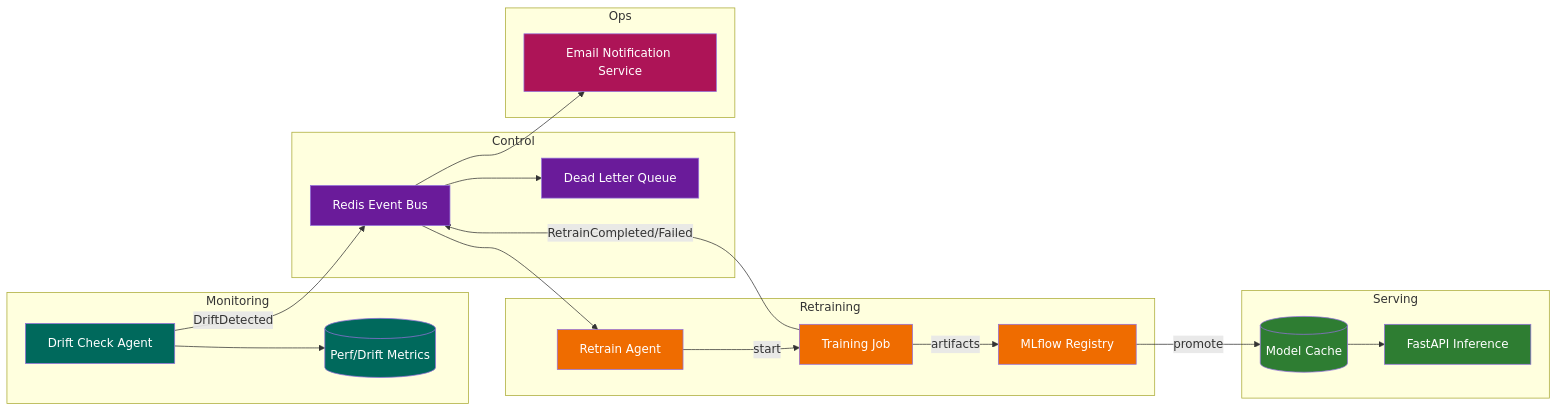
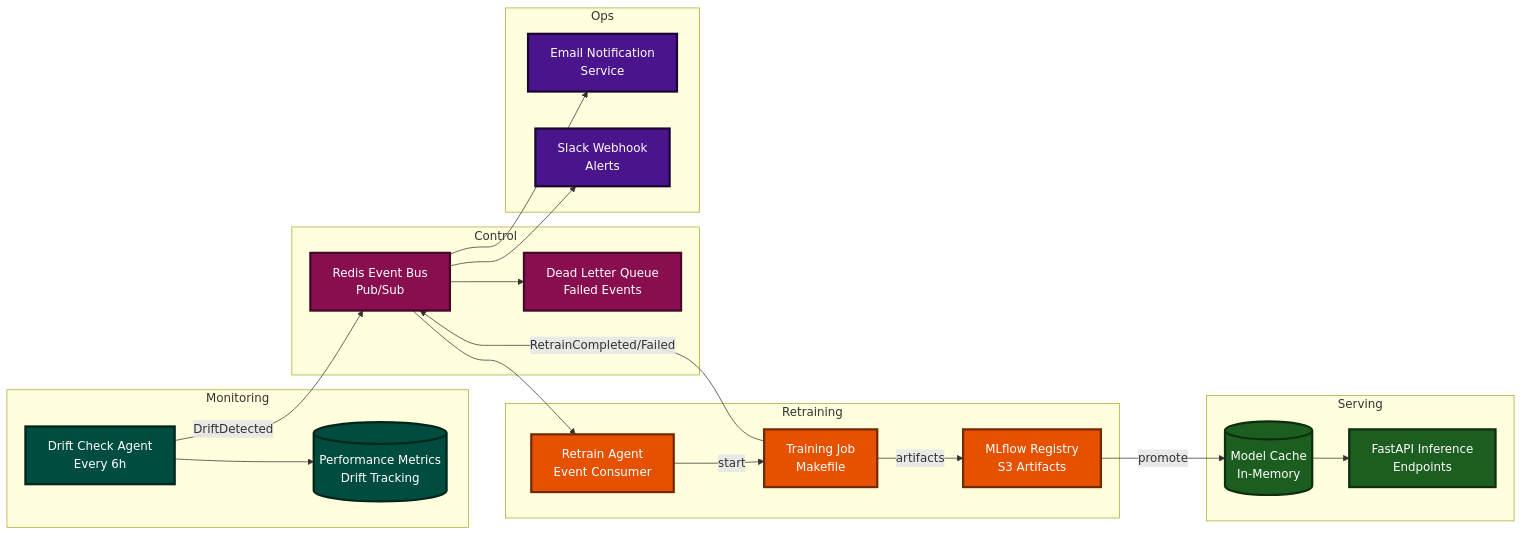
One commit to YanCotta/enterprise_challenge_sprint_1_hermes_reply changed diagram 18 of 25 in smart-maintenance-saas/docs/SYSTEM_AND_ARCHITECTURE.md. Above: the diagram before and after it, drawn with Mermaid. The commit also changed other lines of this file, not shown here.

Commit message:
Add comprehensive system diagrams with darker colors for better visibility

````diff
--- a/smart-maintenance-saas/docs/SYSTEM_AND_ARCHITECTURE.md
+++ b/smart-maintenance-saas/docs/SYSTEM_AND_ARCHITECTURE.md
@@ -505,46 +1120,48 @@
 ```mermaid
 flowchart LR
     subgraph Monitoring
-        DCA[Drift Check Agent]
-        METRICS[(Perf/Drift Metrics)]
+        DCA[Drift Check Agent<br/>Every 6h]
+        METRICS[(Performance Metrics<br/>Drift Tracking)]
     end
     subgraph Control
-        EB[Redis Event Bus]
-        DLQ[Dead Letter Queue]
+        EB[Redis Event Bus<br/>Pub/Sub]
+        DLQ[Dead Letter Queue<br/>Failed Events]
     end
     subgraph Retraining
-        RTR[Retrain Agent]
-        JOB[Training Job]
-        MLR[MLflow Registry]
+        RTR[Retrain Agent<br/>Event Consumer]
+        JOB[Training Job<br/>Makefile]
+        MLR[MLflow Registry<br/>S3 Artifacts]
     end
     subgraph Serving
-        CACHE[(Model Cache)]
-        API[FastAPI Inference]
+        CACHE[(Model Cache<br/>In-Memory)]
+        API[FastAPI Inference<br/>Endpoints]
     end
     subgraph Ops
-        EMAIL[Email Notification Service]
+        EMAIL[Email Notification<br/>Service]
+        SLACK[Slack Webhook<br/>Alerts]
     end
 
     DCA --> METRICS
     DCA -->|DriftDetected| EB
     EB --> RTR
     RTR -->|start| JOB
     JOB -->|artifacts| MLR
     JOB -->|RetrainCompleted/Failed| EB
     EB --> EMAIL
+    EB --> SLACK
     MLR -->|promote| CACHE
     CACHE --> API
     EB --> DLQ
 
-    classDef mon fill:#00695C,color:#ffffff
-    classDef bus fill:#6A1B9A,color:#ffffff
-    classDef rt fill:#EF6C00,color:#ffffff
-    classDef serve fill:#2E7D32,color:#ffffff
-    classDef ops fill:#AD1457,color:#ffffff
+    classDef mon fill:#004D40,color:#ffffff,stroke:#00251a,stroke-width:3px
+    classDef bus fill:#880E4F,color:#ffffff,stroke:#440727,stroke-width:3px
+    classDef rt fill:#E65100,color:#ffffff,stroke:#732800,stroke-width:3px
+    classDef serve fill:#1B5E20,color:#ffffff,stroke:#0d2f10,stroke-width:3px
+    classDef ops fill:#4A148C,color:#ffffff,stroke:#1a0632,stroke-width:3px
 
     class DCA,METRICS mon
     class EB,DLQ bus
     class RTR,JOB,MLR rt
     class CACHE,API serve
-    class EMAIL ops
+    class EMAIL,SLACK ops
 ```
````
